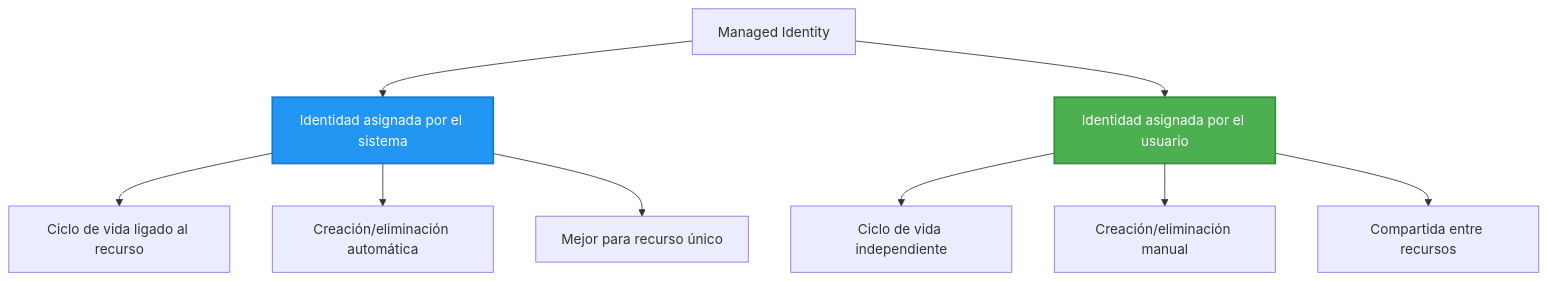
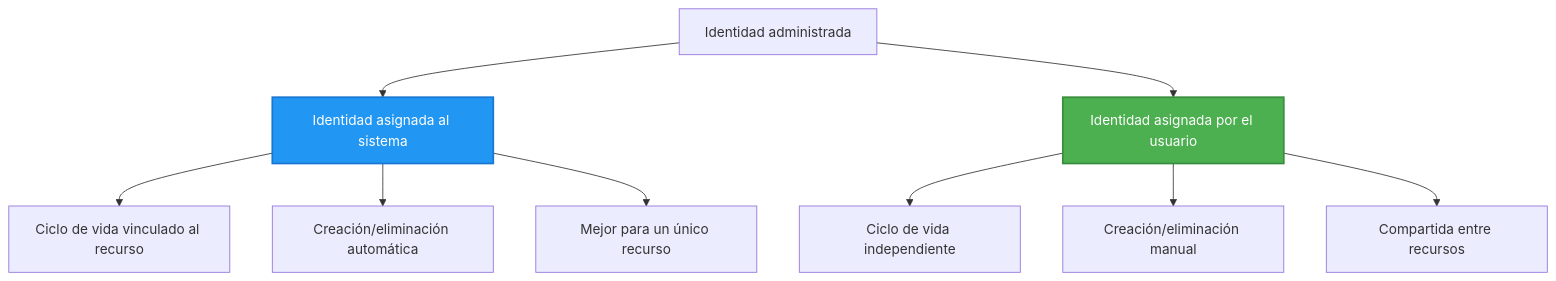
Before and after one commit to microsoft/AZD-for-beginners: the second of 2 diagrams in translations/es/docs/chapter-03-configuration/authsecurity.md, drawn with Mermaid. The commit also changed other lines of this file and 104 other files, not shown here.

````diff
--- a/translations/es/docs/chapter-03-configuration/authsecurity.md
+++ b/translations/es/docs/chapter-03-configuration/authsecurity.md
@@ -97,20 +98,20 @@
 ```mermaid
 graph TB
-    MI[Managed Identity]
-    SystemAssigned[Identidad asignada por el sistema]
+    MI[Identidad administrada]
+    SystemAssigned[Identidad asignada al sistema]
     UserAssigned[Identidad asignada por el usuario]
     
     MI --> SystemAssigned
     MI --> UserAssigned
     
-    SystemAssigned --> SA1[Ciclo de vida ligado al recurso]
+    SystemAssigned --> SA1[Ciclo de vida vinculado al recurso]
     SystemAssigned --> SA2[Creación/eliminación automática]
-    SystemAssigned --> SA3[Mejor para recurso único]
+    SystemAssigned --> SA3[Mejor para un único recurso]
     
     UserAssigned --> UA1[Ciclo de vida independiente]
     UserAssigned --> UA2[Creación/eliminación manual]
     UserAssigned --> UA3[Compartida entre recursos]
     
     style SystemAssigned fill:#2196F3,stroke:#1976D2,stroke-width:2px,color:#fff
     style UserAssigned fill:#4CAF50,stroke:#388E3C,stroke-width:2px,color:#fff
-```  
+```
````
